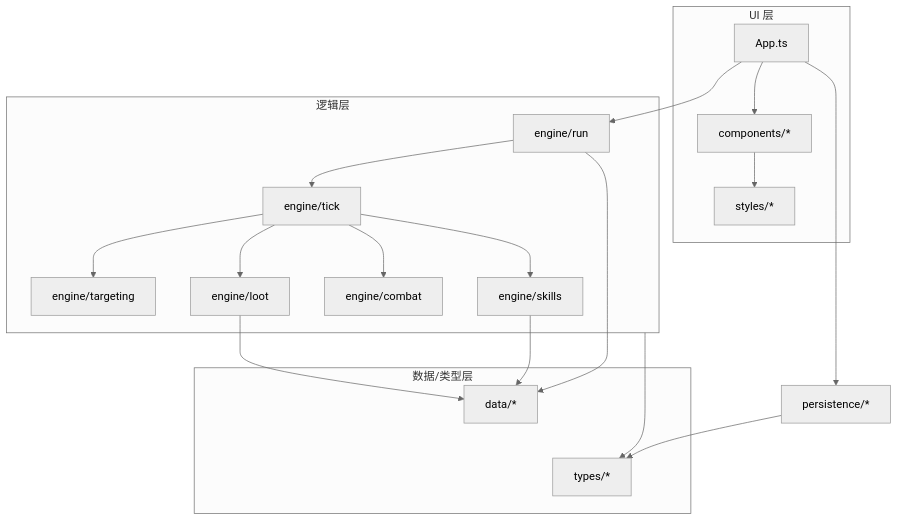
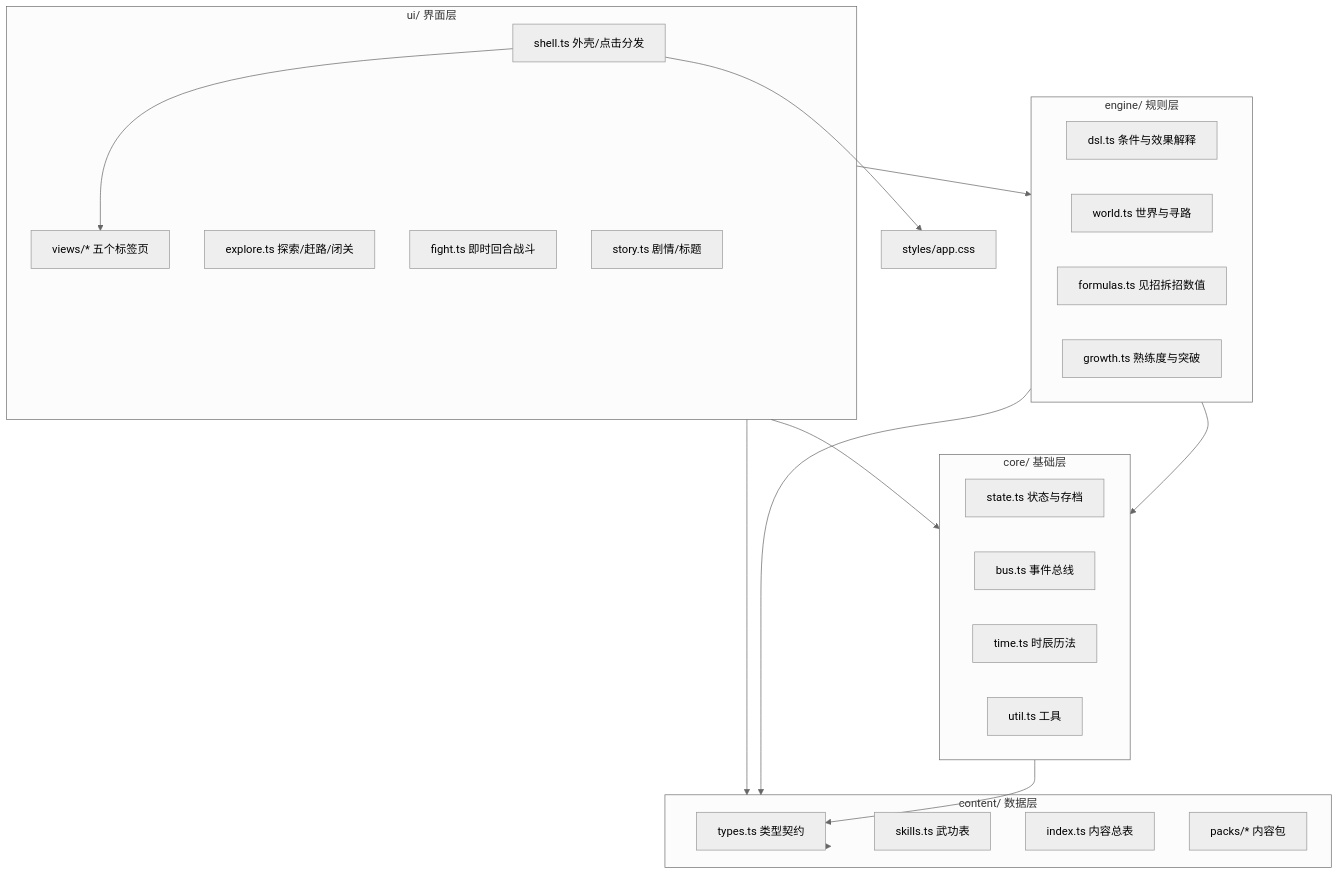
One commit to mud4u404/game006 changed the first of 2 diagrams in CODE_WIKI.md. Above: the diagram before and after it, drawn with Mermaid (neutral theme). The commit also changed other lines of this file and 2 other files, not shown here.

````diff
--- a/CODE_WIKI.md
+++ b/CODE_WIKI.md
@@ -384,26 +70,39 @@
 ```mermaid
 flowchart TD
-    subgraph UI["UI 层"]
-        App["App.ts"] --> Comp["components/*"]
-        Comp --> Styles["styles/*"]
+    subgraph UI["ui/ 界面层"]
+        Shell["shell.ts 外壳/点击分发"]
+        Views["views/* 五个标签页"]
+        Explore["explore.ts 探索/赶路/闭关"]
+        Fight["fight.ts 即时回合战斗"]
+        Story["story.ts 剧情/标题"]
     end
-    subgraph LOGIC["逻辑层"]
-        Run["engine/run"] --> Tick["engine/tick"]
-        Tick --> Targeting["engine/targeting"]
-        Tick --> Skills["engine/skills"]
-        Tick --> Combat["engine/combat"]
-        Tick --> Loot["engine/loot"]
+    subgraph ENGINE["engine/ 规则层"]
+        DSL["dsl.ts 条件与效果解释"]
+        World["world.ts 世界与寻路"]
+        Formulas["formulas.ts 见招拆招数值"]
+        Growth["growth.ts 熟练度与突破"]
     end
-    subgraph DATA["数据/类型层"]
-        Data["data/*"]
-        Types["types/*"]
+    subgraph CONTENT["content/ 数据层"]
+        Types["types.ts 类型契约"]
+        Skills["skills.ts 武功表"]
+        Index["index.ts 内容总表"]
+        Packs["packs/* 内容包"]
     end
-    App --> Run
-    App --> Persist["persistence/*"]
-    Run --> Data
-    Skills --> Data
-    Loot --> Data
-    Persist --> Types
-    LOGIC --> Types
-    DATA --> Types
+    subgraph CORE["core/ 基础层"]
+        State["state.ts 状态与存档"]
+        Bus["bus.ts 事件总线"]
+        Time["time.ts 时辰历法"]
+        Util["util.ts 工具"]
+    end
+    Styles["styles/app.css"]
+
+    UI --> ENGINE
+    UI --> CORE
+    UI --> CONTENT
+    ENGINE --> CONTENT
+    ENGINE --> CORE
+    CONTENT --> Types
+    CORE --> Types
+    Shell --> Views
+    Shell --> Styles
 ```
````
